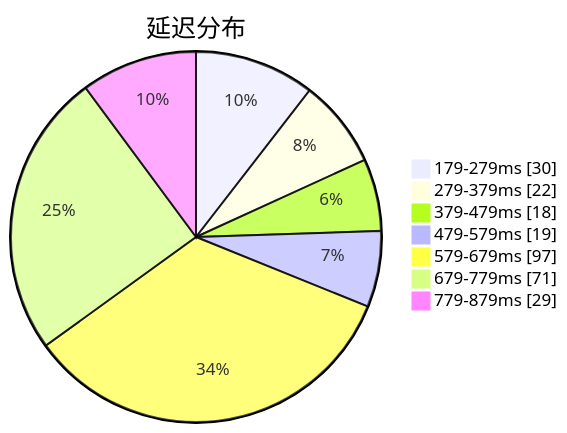
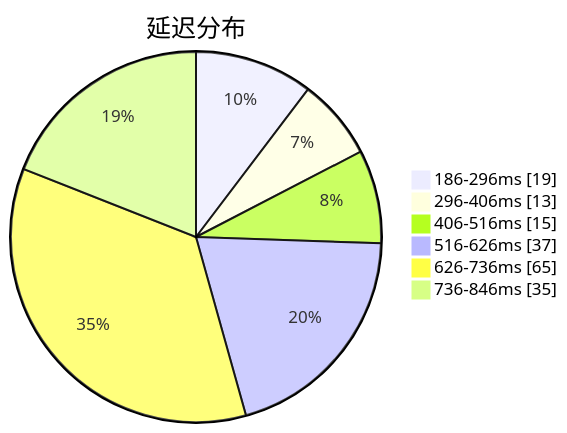
Before and after one commit to qjlxg/airport: the first of 3 diagrams in subs/statistics/tested_within.md, drawn with Mermaid. The commit also changed other lines of this file and 2 other files, not shown here.

Commit message:
Tested by metaST

````diff
--- a/subs/statistics/tested_within.md
+++ b/subs/statistics/tested_within.md
@@ -2,11 +2,10 @@
 ```mermaid
 pie showData
 title 延迟分布
-"179-279ms" : 30
-"279-379ms" : 22
-"379-479ms" : 18
-"479-579ms" : 19
-"579-679ms" : 97
-"679-779ms" : 71
-"779-879ms" : 29
+"186-296ms" : 19
+"296-406ms" : 13
+"406-516ms" : 15
+"516-626ms" : 37
+"626-736ms" : 65
+"736-846ms" : 35
 ```
````
